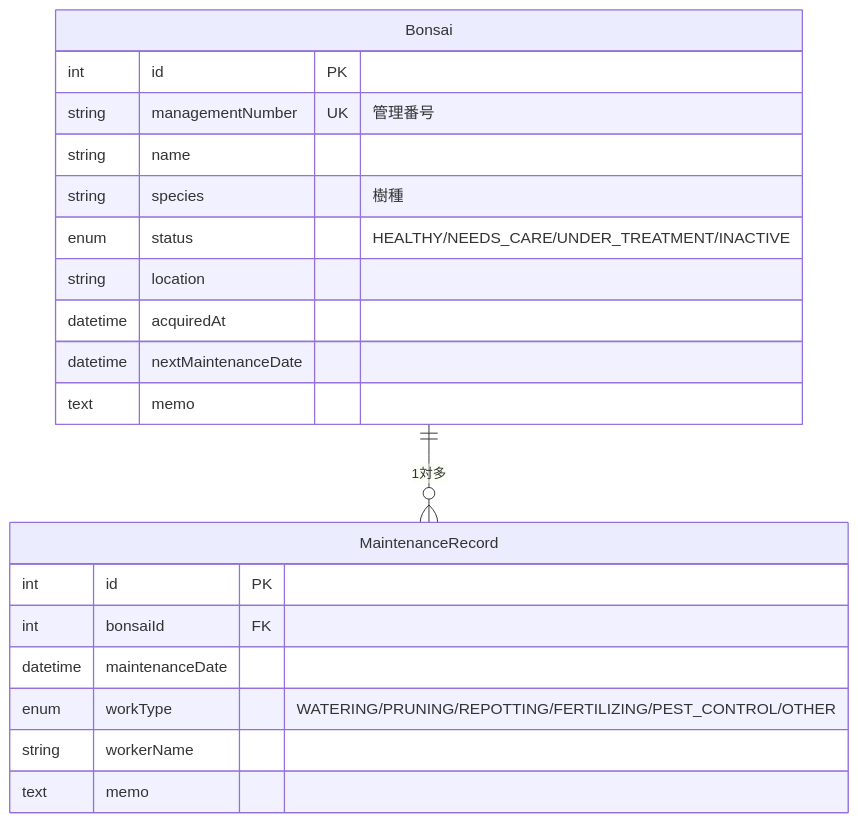
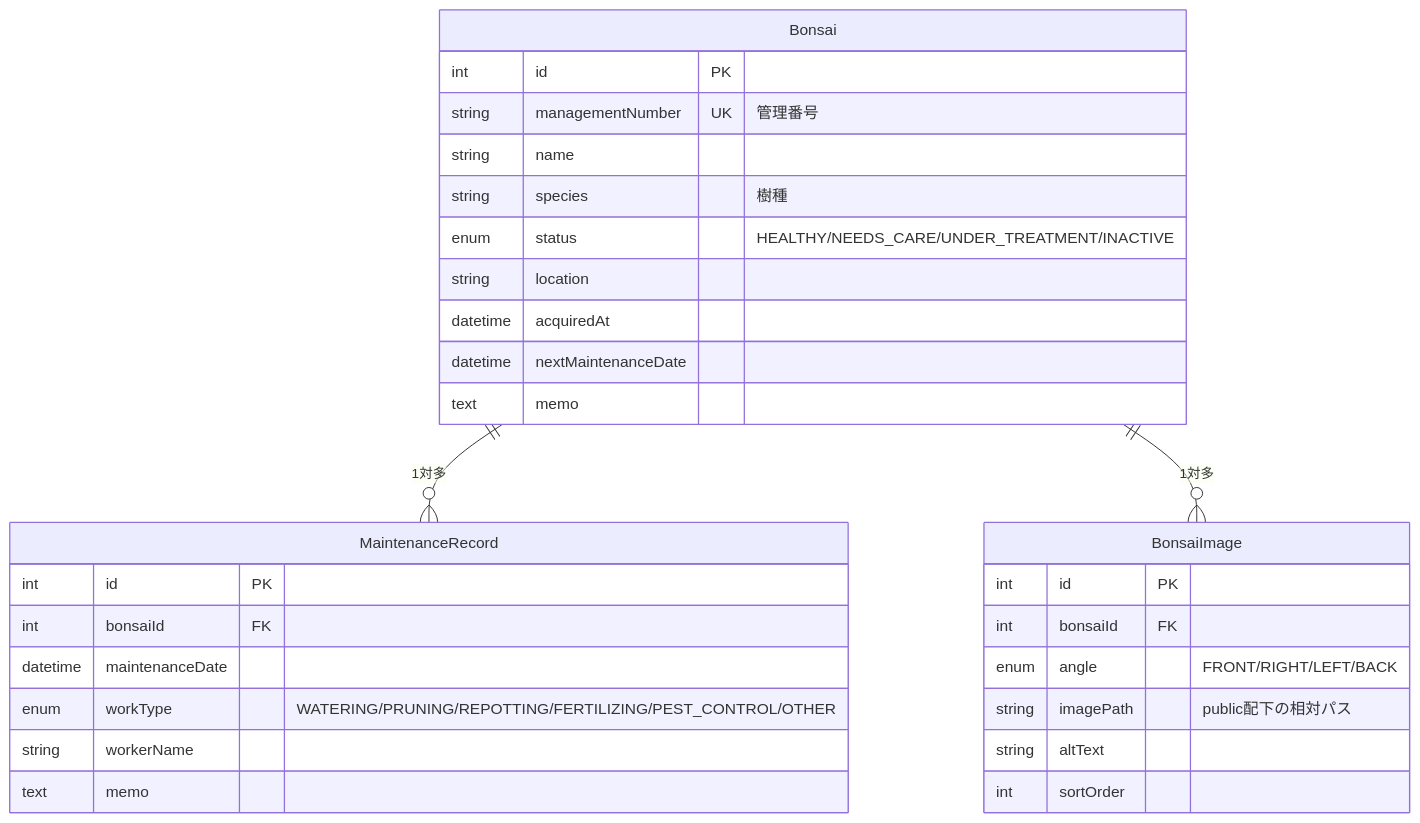
One commit to fukuyade/bonsai-docker-cicd changed the diagram in README.md. Above: the diagram before and after it, drawn with Mermaid. The commit also changed other lines of this file and 28 other files, not shown here.

````diff
--- a/README.md
+++ b/README.md
@@ -106,23 +110,32 @@
 ```mermaid
 erDiagram
     Bonsai ||--o{ MaintenanceRecord : "1対多"
+    Bonsai ||--o{ BonsaiImage : "1対多"
     Bonsai {
         int id PK
         string managementNumber UK "管理番号"
         string name
         string species "樹種"
         enum status "HEALTHY/NEEDS_CARE/UNDER_TREATMENT/INACTIVE"
         string location
         datetime acquiredAt
         datetime nextMaintenanceDate
         text memo
     }
     MaintenanceRecord {
         int id PK
         int bonsaiId FK
         datetime maintenanceDate
         enum workType "WATERING/PRUNING/REPOTTING/FERTILIZING/PEST_CONTROL/OTHER"
         string workerName
         text memo
     }
+    BonsaiImage {
+        int id PK
+        int bonsaiId FK
+        enum angle "FRONT/RIGHT/LEFT/BACK"
+        string imagePath "public配下の相対パス"
+        string altText
+        int sortOrder
+    }
 ```
````
